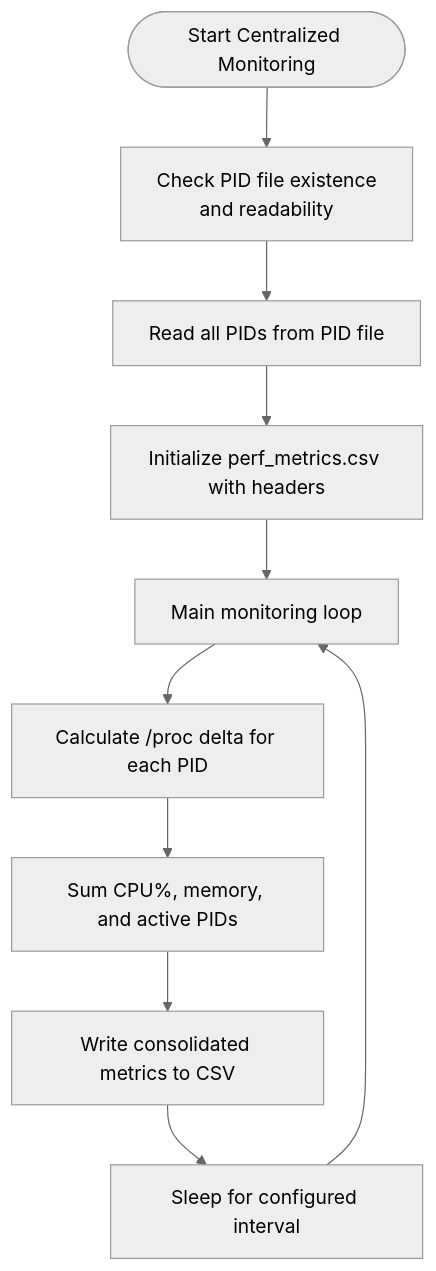
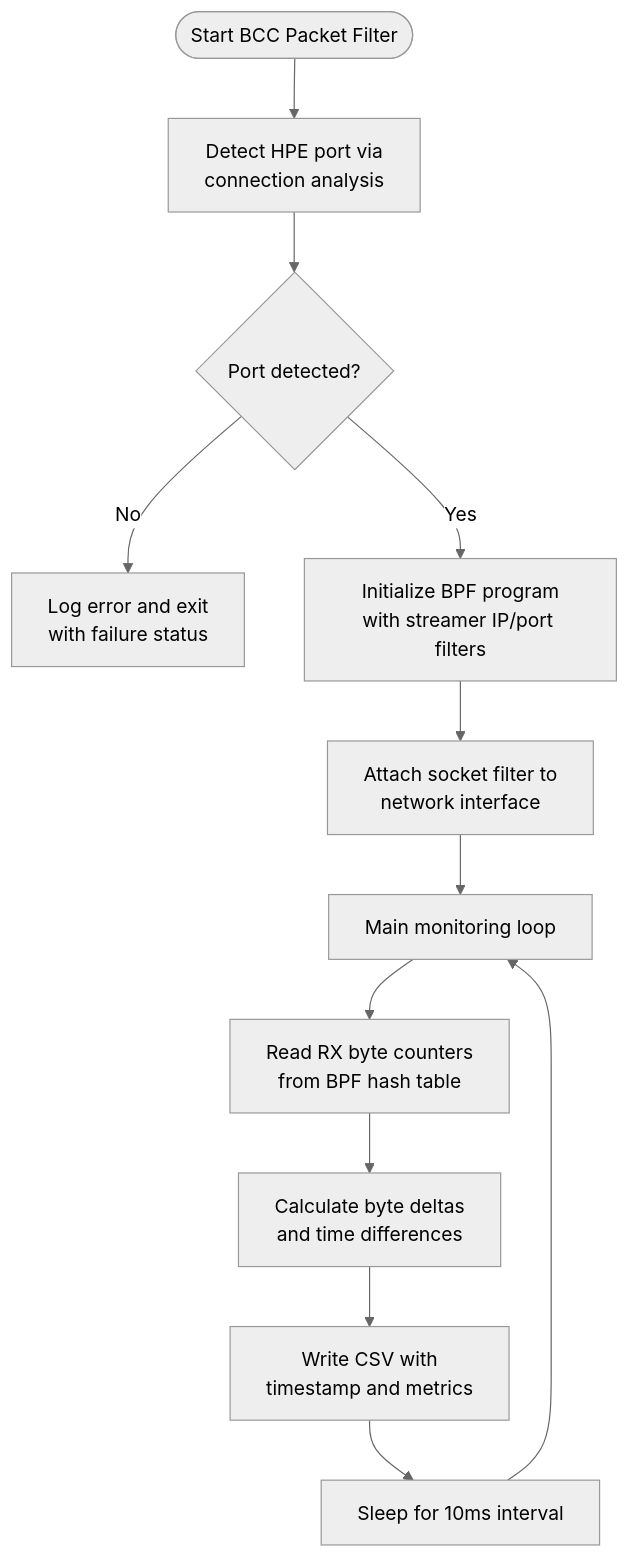
One commit to Fogus-Gr/MeasurementsDTs changed the fifth of 14 diagrams in .qoder/repowiki/en/content/Monitoring and Analytics/Performance Monitoring.md. Above: the diagram before and after it, drawn with Mermaid (neutral theme). The commit also changed other lines of this file and 11 other files, not shown here.

````diff
--- a/.qoder/repowiki/en/content/Monitoring and Analytics/Performance Monitoring.md
+++ b/.qoder/repowiki/en/content/Monitoring and Analytics/Performance Monitoring.md
@@ -152,12 +273,14 @@
 ```mermaid
 flowchart TD
-Start(["Start Centralized Monitoring"]) --> CheckPID["Check PID file existence<br/>and readability"]
-CheckPID --> ReadPIDs["Read all PIDs from PID file"]
-ReadPIDs --> InitCSV["Initialize perf_metrics.csv with headers"]
-InitCSV --> Loop["Main monitoring loop"]
-Loop --> CalcProc["Calculate /proc delta for each PID"]
-CalcProc --> SumTotals["Sum CPU%, memory, and active PIDs"]
-SumTotals --> WriteCSV["Write consolidated metrics to CSV"]
-WriteCSV --> Sleep["Sleep for configured interval"]
-Sleep --> Loop
+Start(["Start BCC Packet Filter"]) --> DetectPort["Detect HPE port via<br/>connection analysis"]
+DetectPort --> ValidatePort{"Port detected?"}
+ValidatePort --> |No| LogError["Log error and exit<br/>with failure status"]
+ValidatePort --> |Yes| InitBPF["Initialize BPF program<br/>with streamer IP/port filters"]
+InitBPF --> AttachFilter["Attach socket filter to<br/>network interface"]
+AttachFilter --> MainLoop["Main monitoring loop"]
+MainLoop --> ReadCounters["Read RX byte counters<br/>from BPF hash table"]
+ReadCounters --> CalcDelta["Calculate byte deltas<br/>and time differences"]
+CalcDelta --> WriteCSV["Write CSV with<br/>timestamp and metrics"]
+WriteCSV --> Sleep["Sleep for 10ms interval"]
+Sleep --> MainLoop
 ```
````
